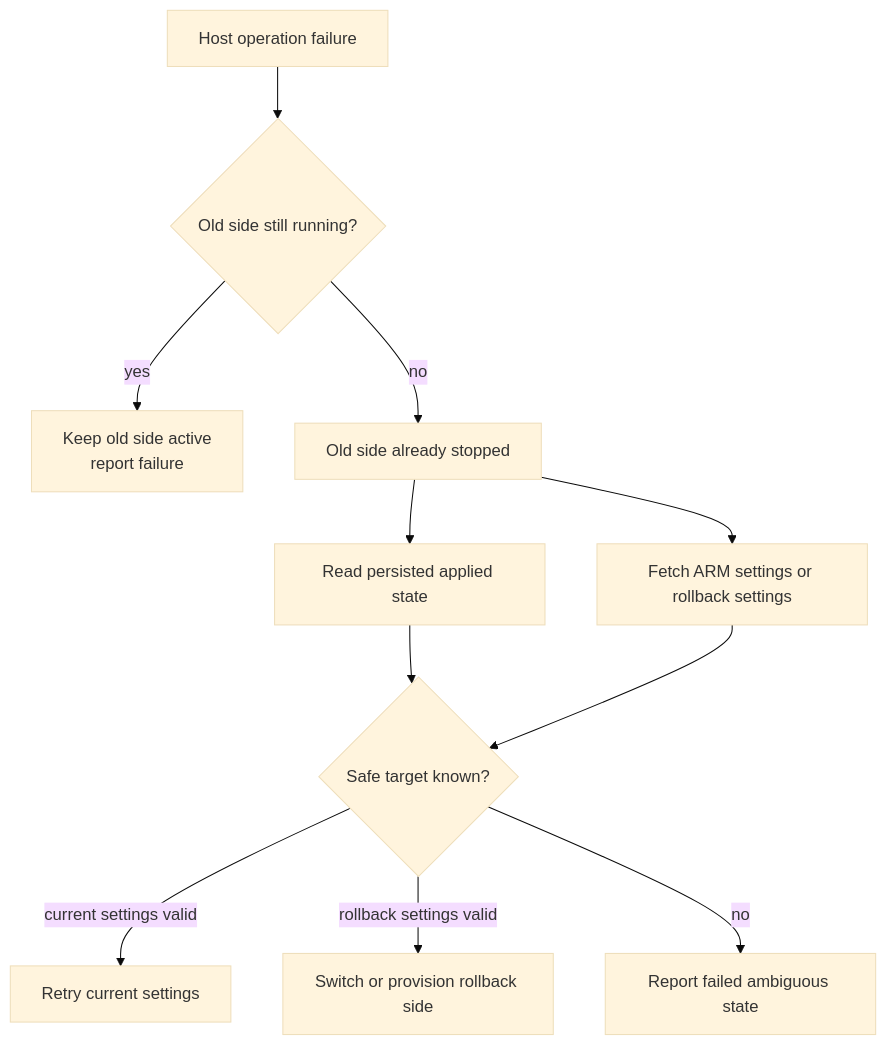
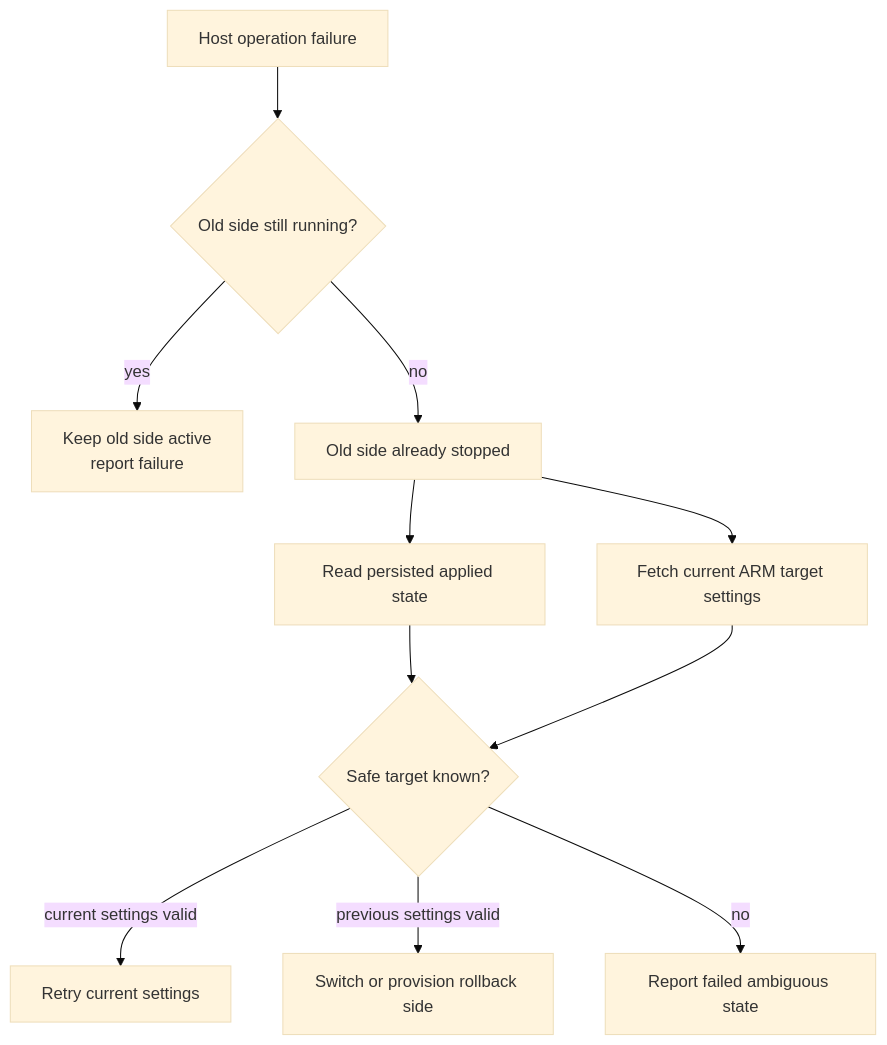
Before and after one commit to Azure/AKSFlexNode: the sixth of 6 diagrams in docs/agent-and-aks.md, drawn with Mermaid (base theme). The commit also changed other lines of this file, not shown here.

Commit message:
docs: clarify rollback settings flow

````diff
--- a/docs/agent-and-aks.md
+++ b/docs/agent-and-aks.md
@@ -273,24 +273,24 @@
 ```mermaid
 flowchart TD
     Failure[Host operation failure]
     OldRunning{Old side still running?}
     KeepOld[Keep old side active<br/>report failure]
     AfterStop[Old side already stopped]
     Persisted[Read persisted applied state]
-    ARMTarget[Fetch ARM settings or rollback settings]
+    ARMTarget[Fetch current ARM target settings]
     Decision{Safe target known?}
     Retry[Retry current settings]
     Rollback[Switch or provision rollback side]
     Failed[Report failed ambiguous state]
 
     Failure --> OldRunning
     OldRunning -->|yes| KeepOld
     OldRunning -->|no| AfterStop
     AfterStop --> Persisted
     AfterStop --> ARMTarget
     Persisted --> Decision
     ARMTarget --> Decision
     Decision -->|current settings valid| Retry
-    Decision -->|rollback settings valid| Rollback
+    Decision -->|previous settings valid| Rollback
     Decision -->|no| Failed
 ```
````
